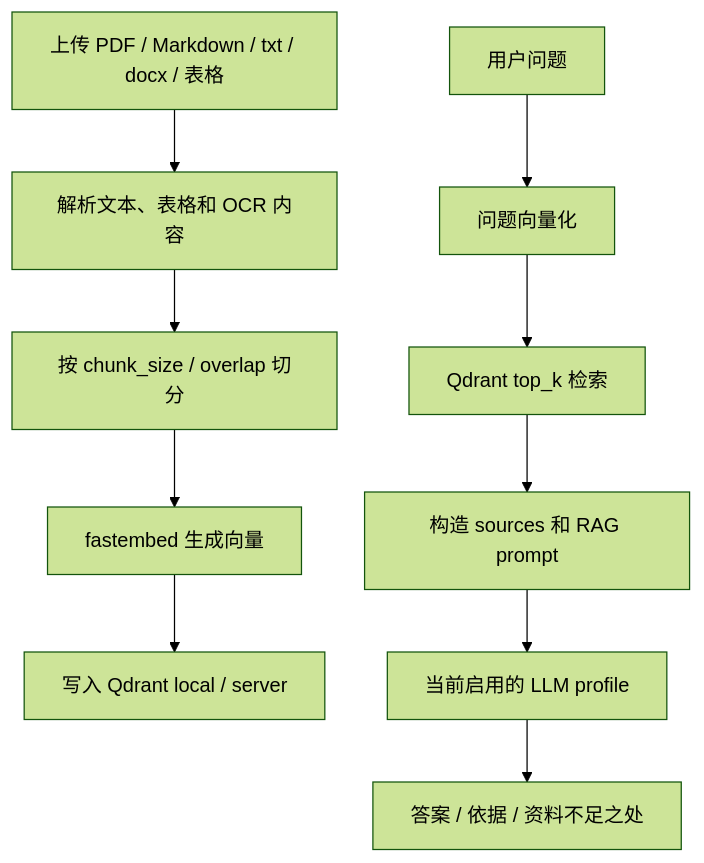
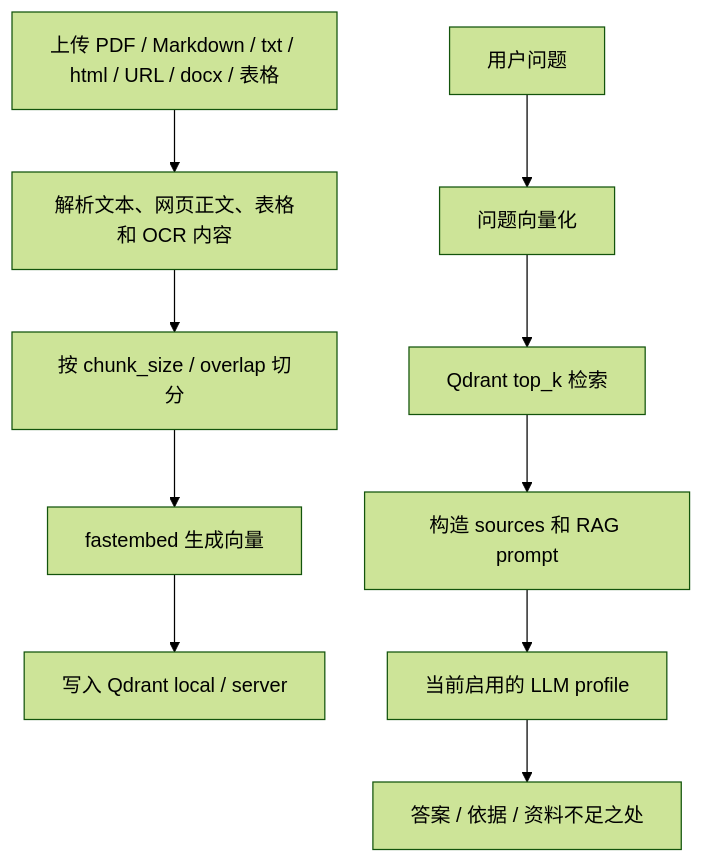
One commit to supadLL/ai-std changed the second of 2 diagrams in projects/rag-pdf-qa/README.md. Above: the diagram before and after it, drawn with Mermaid (forest theme). The commit also changed other lines of this file and 49 other files, not shown here.

````diff
--- a/projects/rag-pdf-qa/README.md
+++ b/projects/rag-pdf-qa/README.md
@@ -62,12 +62,12 @@
 ```mermaid
 flowchart TD
-  A[上传 PDF / Markdown / txt / docx / 表格] --> B[解析文本、表格和 OCR 内容]
+  A[上传 PDF / Markdown / txt / html / URL / docx / 表格] --> B[解析文本、网页正文、表格和 OCR 内容]
   B --> C[按 chunk_size / overlap 切分]
   C --> D[fastembed 生成向量]
   D --> E[写入 Qdrant local / server]
   F[用户问题] --> G[问题向量化]
   G --> H[Qdrant top_k 检索]
   H --> I[构造 sources 和 RAG prompt]
   I --> J[当前启用的 LLM profile]
   J --> K[答案 / 依据 / 资料不足之处]
 ```
````
